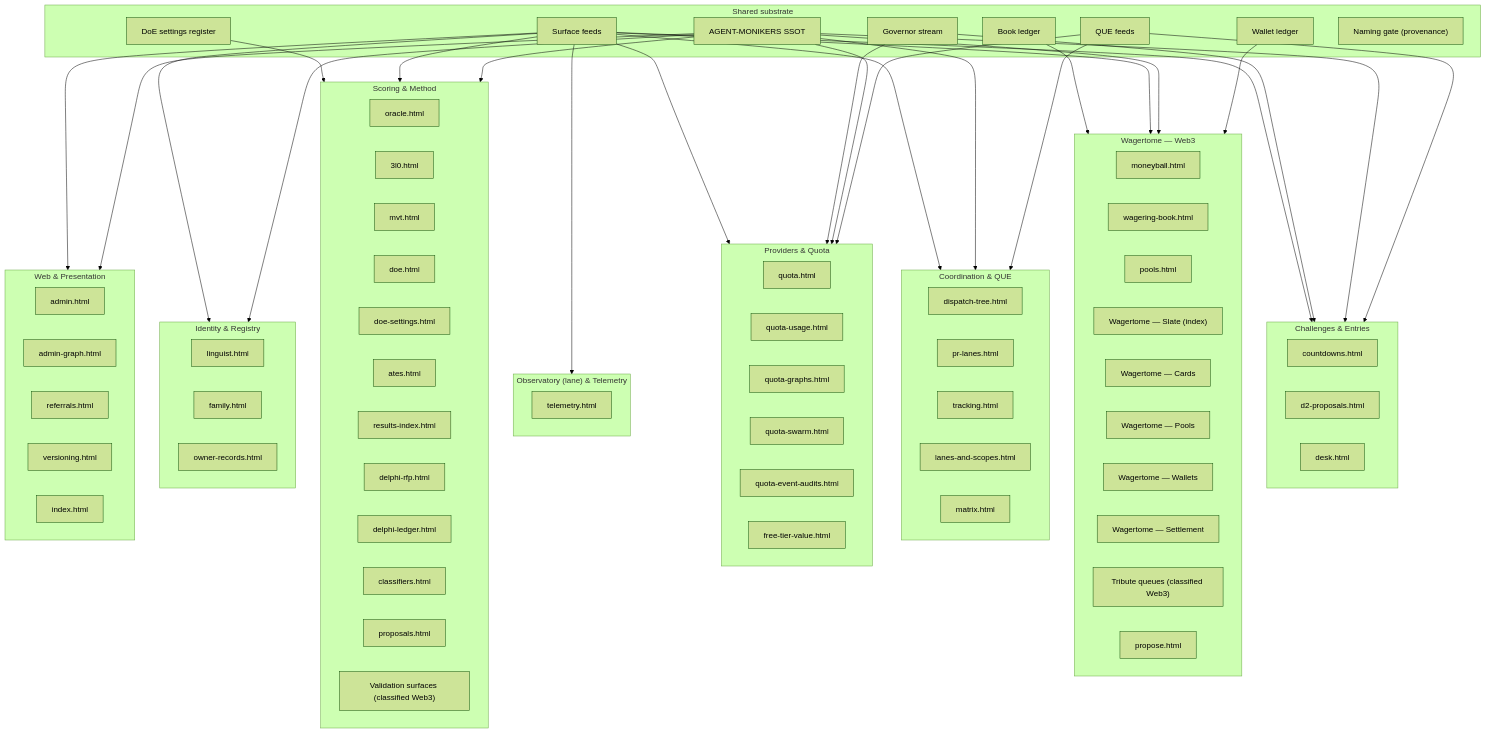
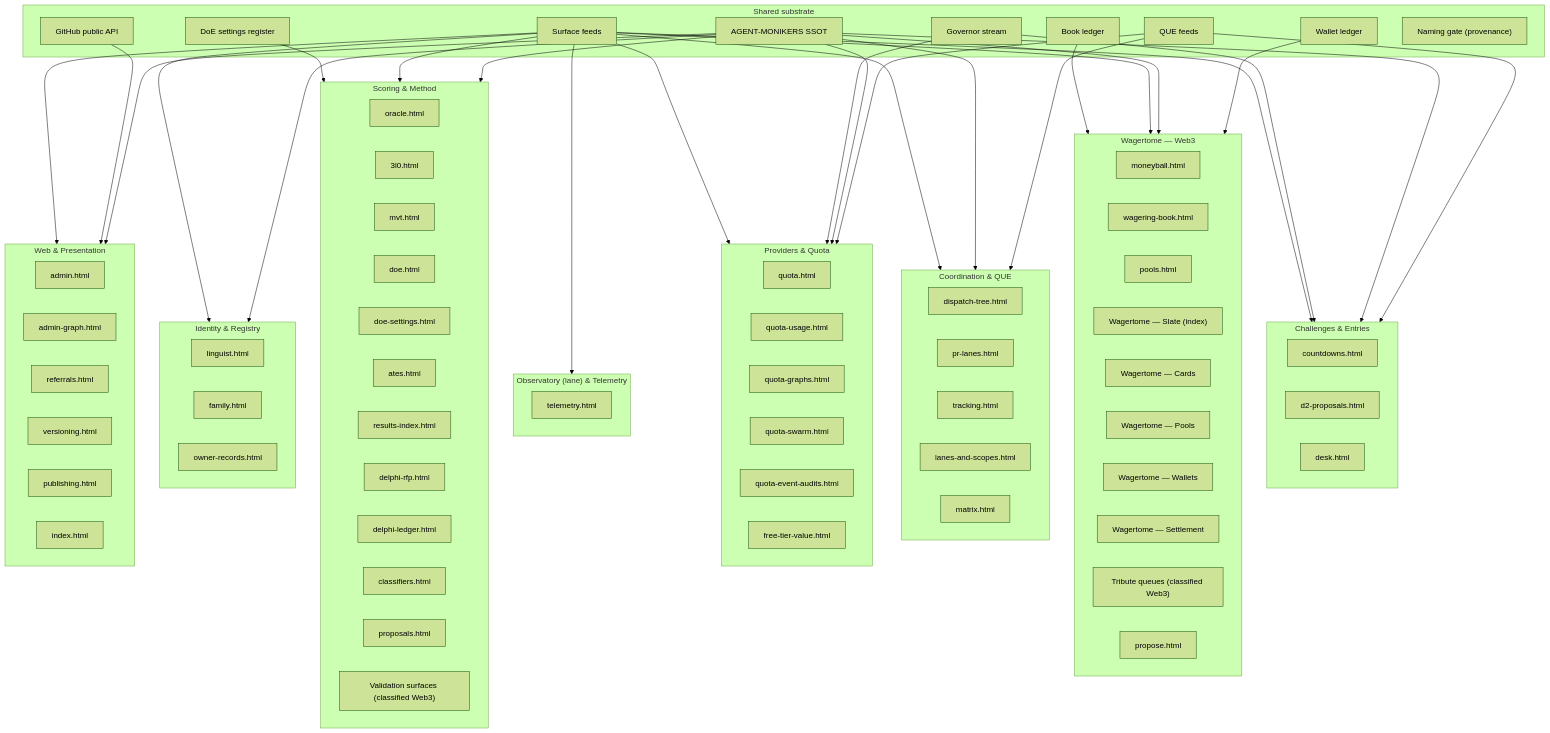
One commit to timerloggedout-spec/termux-monorepo changed the diagram in docs/ops/SURFACES-MAP.md. Above: the diagram before and after it, drawn with Mermaid (forest theme). The commit also changed other lines of this file, not shown here.

Commit message:
docs(ops): document publishing surface in surfaces map

```diff
--- a/docs/ops/SURFACES-MAP.md
+++ b/docs/ops/SURFACES-MAP.md
@@ -11,6 +11,7 @@
   subgraph SUB["Shared substrate"]
     monikers["AGENT-MONIKERS SSOT"]
     feeds["Surface feeds"]
+    githubApi["GitHub public API"]
     doeSettings["DoE settings register"]
     quefeeds["QUE feeds"]
     walletledger["Wallet ledger"]
@@ -77,6 +78,7 @@
     web_1["admin-graph.html"]
     web_2["referrals.html"]
     web_3["versioning.html"]
+    web_5["publishing.html"]
     web_4["index.html"]
   end
   bookledger --> PL_moneyball
@@ -89,6 +91,7 @@
   doeSettings --> PL_scoring
   feeds --> PL_scoring
   feeds --> PL_web
+  githubApi --> PL_web
   governor --> PL_entries
   governor --> PL_quota
   monikers --> PL_coordination
```
